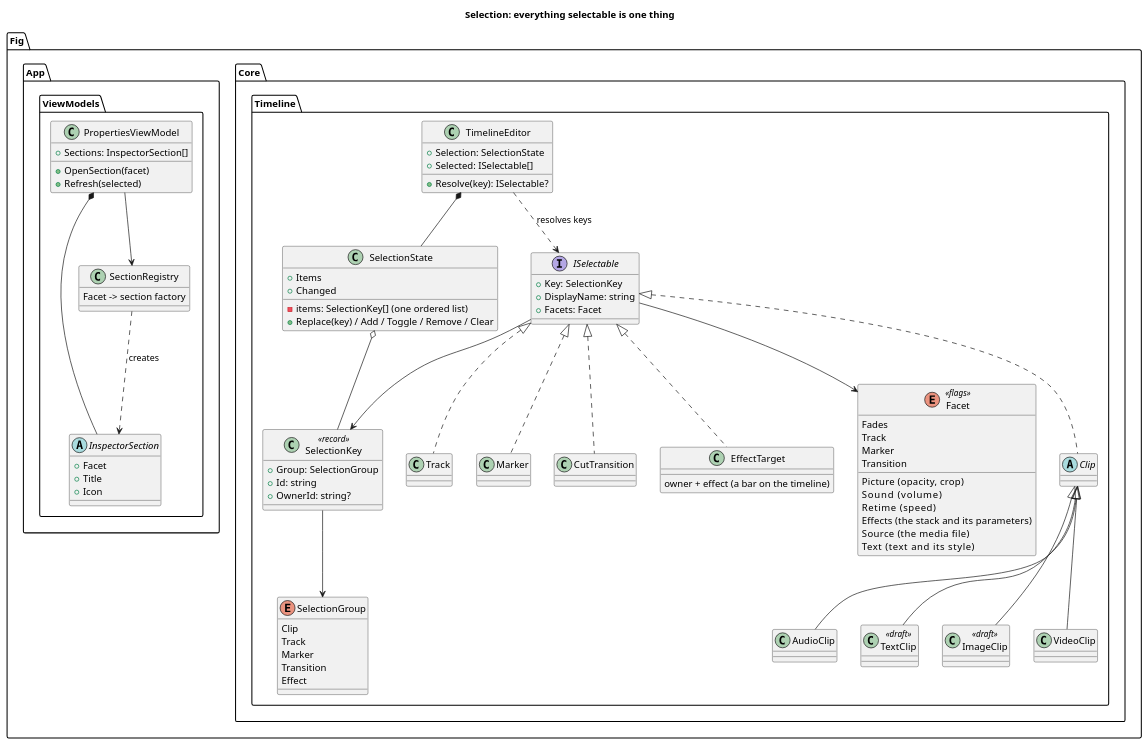
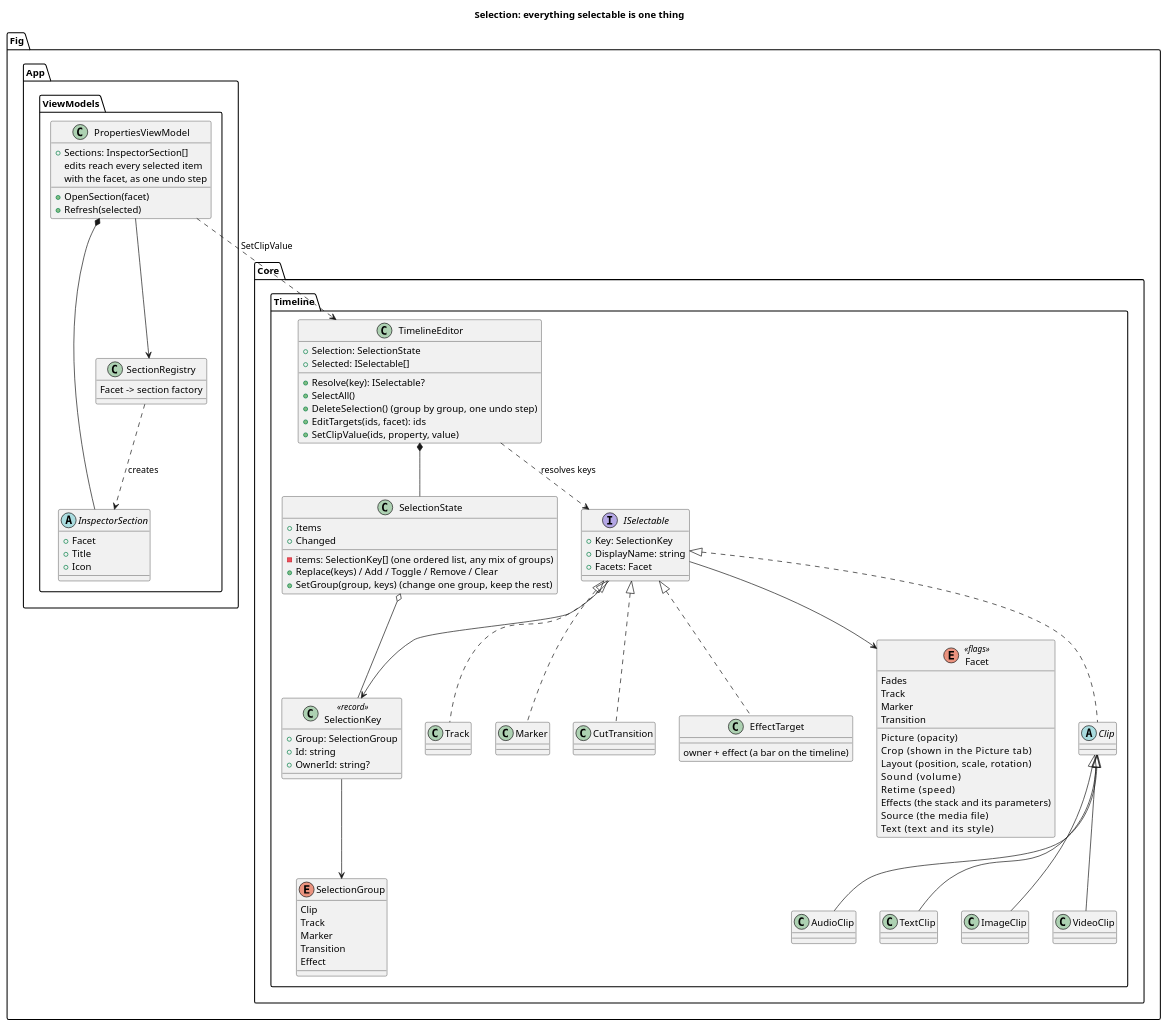
The diagram in uml/domain/selection-schema.puml (Die-Banane/Fig), drawn with PlantUML before and after one commit. The commit also changed 85 other files, not shown here.

```diff
--- a/uml/domain/selection-schema.puml
+++ b/uml/domain/selection-schema.puml
@@ -1,92 +1,102 @@
 @startuml
 title Selection: everything selectable is one thing
 
 package "Fig.Core.Timeline" {
   enum Facet <<flags>> {
-    Picture   (opacity, crop)
+    Picture   (opacity)
+    Crop      (shown in the Picture tab)
+    Layout    (position, scale, rotation)
     Sound     (volume)
     Fades
     Retime    (speed)
     Effects   (the stack and its parameters)
     Source    (the media file)
     Text      (text and its style)
     Track
     Marker
     Transition
   }
   enum SelectionGroup {
     Clip
     Track
     Marker
     Transition
     Effect
   }
   class SelectionKey <<record>> {
     +Group: SelectionGroup
     +Id: string
     +OwnerId: string?
   }
   interface ISelectable {
     +Key: SelectionKey
     +DisplayName: string
     +Facets: Facet
   }
   abstract class Clip
   class VideoClip
   class AudioClip
-  class TextClip <<draft>>
-  class ImageClip <<draft>>
+  class TextClip
+  class ImageClip
   class Track
   class Marker
   class CutTransition
   class EffectTarget {
     owner + effect (a bar on the timeline)
   }
   class SelectionState {
-    -items: SelectionKey[] (one ordered list)
+    -items: SelectionKey[] (one ordered list, any mix of groups)
     +Items
-    +Replace(key) / Add / Toggle / Remove / Clear
+    +Replace(keys) / Add / Toggle / Remove / Clear
+    +SetGroup(group, keys)  (change one group, keep the rest)
     +Changed
   }
   class TimelineEditor {
     +Selection: SelectionState
     +Resolve(key): ISelectable?
     +Selected: ISelectable[]
+    +SelectAll()
+    +DeleteSelection()  (group by group, one undo step)
+    +EditTargets(ids, facet): ids
+    +SetClipValue(ids, property, value)
   }
 }
 
 package "Fig.App.ViewModels" {
   class PropertiesViewModel {
     +Sections: InspectorSection[]
     +OpenSection(facet)
     +Refresh(selected)
+    edits reach every selected item
+    with the facet, as one undo step
   }
   abstract class InspectorSection {
     +Facet
     +Title
     +Icon
   }
   class SectionRegistry {
     Facet -> section factory
   }
 }
 
 ISelectable <|.. Clip
 Clip <|-- VideoClip
 Clip <|-- AudioClip
 Clip <|-- TextClip
 Clip <|-- ImageClip
 ISelectable <|.. Track
 ISelectable <|.. Marker
 ISelectable <|.. CutTransition
 ISelectable <|.. EffectTarget
 ISelectable --> Facet
 ISelectable --> SelectionKey
 SelectionKey --> SelectionGroup
 SelectionState o-- SelectionKey
 TimelineEditor *-- SelectionState
 TimelineEditor ..> ISelectable : resolves keys
+PropertiesViewModel ..> TimelineEditor : SetClipValue
 PropertiesViewModel --> SectionRegistry
 PropertiesViewModel *-- InspectorSection
 SectionRegistry ..> InspectorSection : creates
 @enduml
```
